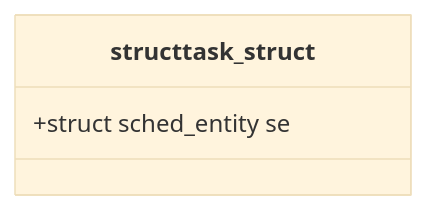
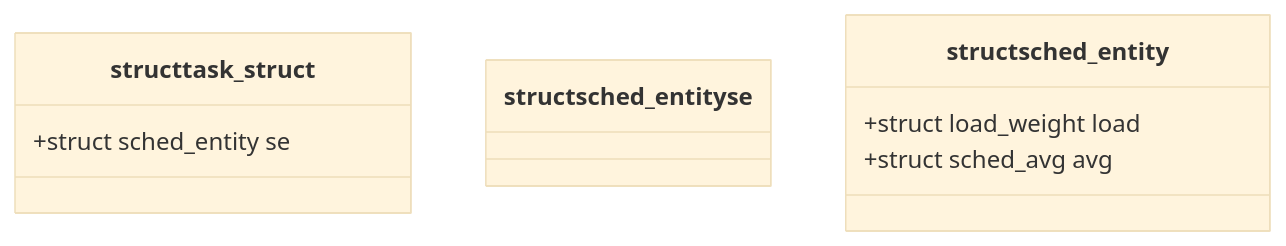
Before and after one commit to bryan-sz/android: the diagram in kernel/调度/调度类.md, drawn with Mermaid (base theme). The commit also changed other lines of this file, not shown here.

````diff
--- a/kernel/调度/调度类.md
+++ b/kernel/调度/调度类.md
@@ -3,5 +3,9 @@
 ```mermaid
 classDiagram
 class struct task_struct
 struct task_struct: +struct sched_entity se
+
+class struct sched_entity se
+struct sched_entity: +struct load_weight load
+struct sched_entity: +struct sched_avg avg
 ```
````
